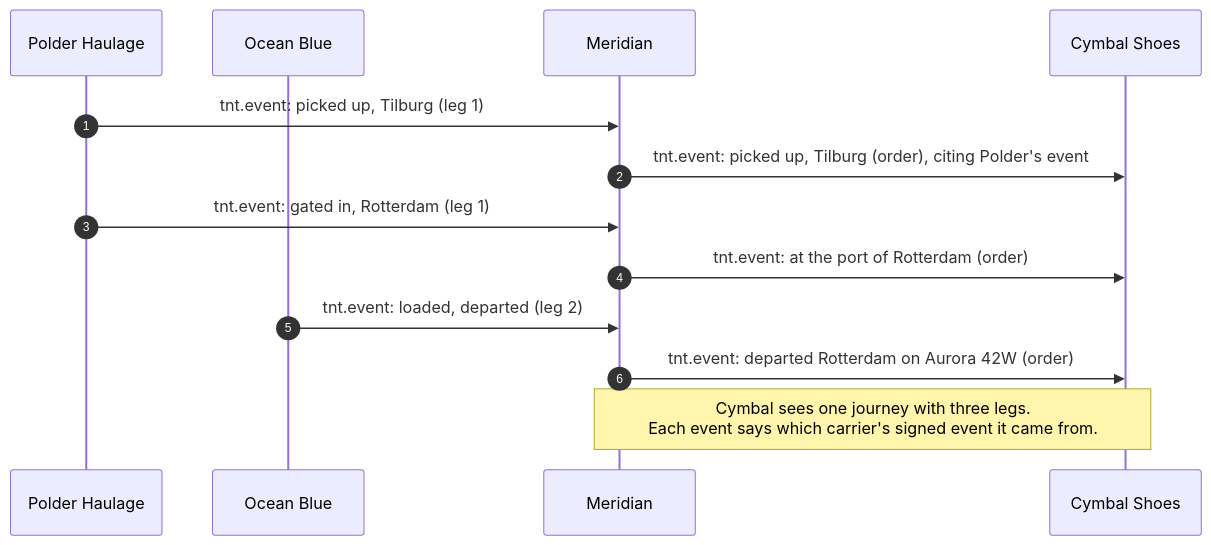
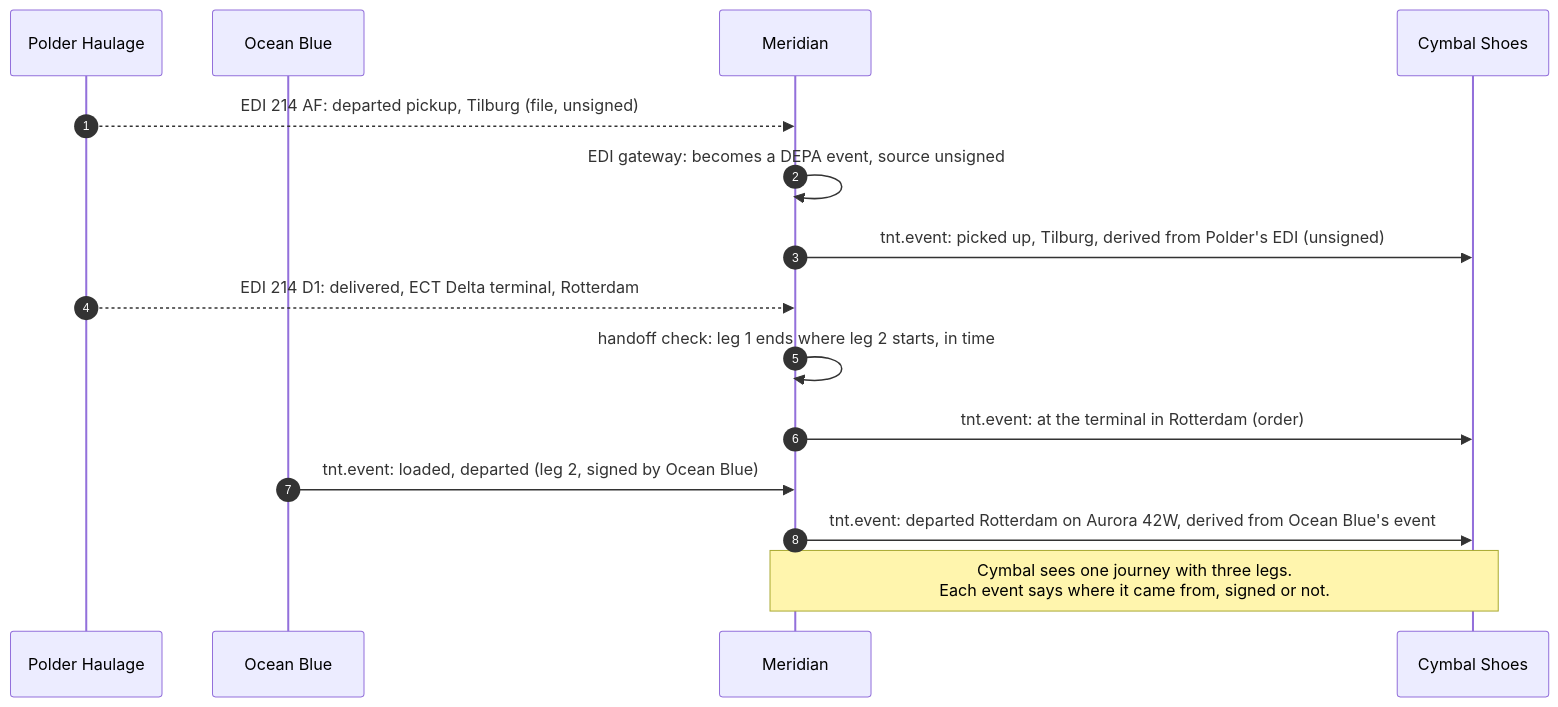
One commit to go-steer/supercargo changed the fourth of 7 diagrams in docs/proposals/door-to-door-forwarder.md. Above: the diagram before and after it, drawn with Mermaid. The commit also changed other lines of this file and 1 other file, not shown here.

First line of the commit message:
docs(proposals): a legacy carrier, continuity checks, a cold-chain variant

````diff
--- a/docs/proposals/door-to-door-forwarder.md
+++ b/docs/proposals/door-to-door-forwarder.md
@@ -264,16 +340,18 @@
 ```mermaid
 sequenceDiagram
     autonumber
     participant PH as Polder Haulage
     participant OB as Ocean Blue
     participant MF as Meridian
     participant CS as Cymbal Shoes
 
-    PH->>MF: tnt.event: picked up, Tilburg (leg 1)
-    MF->>CS: tnt.event: picked up, Tilburg (order), citing Polder's event
-    PH->>MF: tnt.event: gated in, Rotterdam (leg 1)
-    MF->>CS: tnt.event: at the port of Rotterdam (order)
-    OB->>MF: tnt.event: loaded, departed (leg 2)
-    MF->>CS: tnt.event: departed Rotterdam on Aurora 42W (order)
-    Note over MF,CS: Cymbal sees one journey with three legs.<br/>Each event says which carrier's signed event it came from.
+    PH-->>MF: EDI 214 AF: departed pickup, Tilburg (file, unsigned)
+    MF->>MF: EDI gateway: becomes a DEPA event, source unsigned
+    MF->>CS: tnt.event: picked up, Tilburg, derived from Polder's EDI (unsigned)
+    PH-->>MF: EDI 214 D1: delivered, ECT Delta terminal, Rotterdam
+    MF->>MF: handoff check: leg 1 ends where leg 2 starts, in time
+    MF->>CS: tnt.event: at the terminal in Rotterdam (order)
+    OB->>MF: tnt.event: loaded, departed (leg 2, signed by Ocean Blue)
+    MF->>CS: tnt.event: departed Rotterdam on Aurora 42W, derived from Ocean Blue's event
+    Note over MF,CS: Cymbal sees one journey with three legs.<br/>Each event says where it came from, signed or not.
 ```
````
